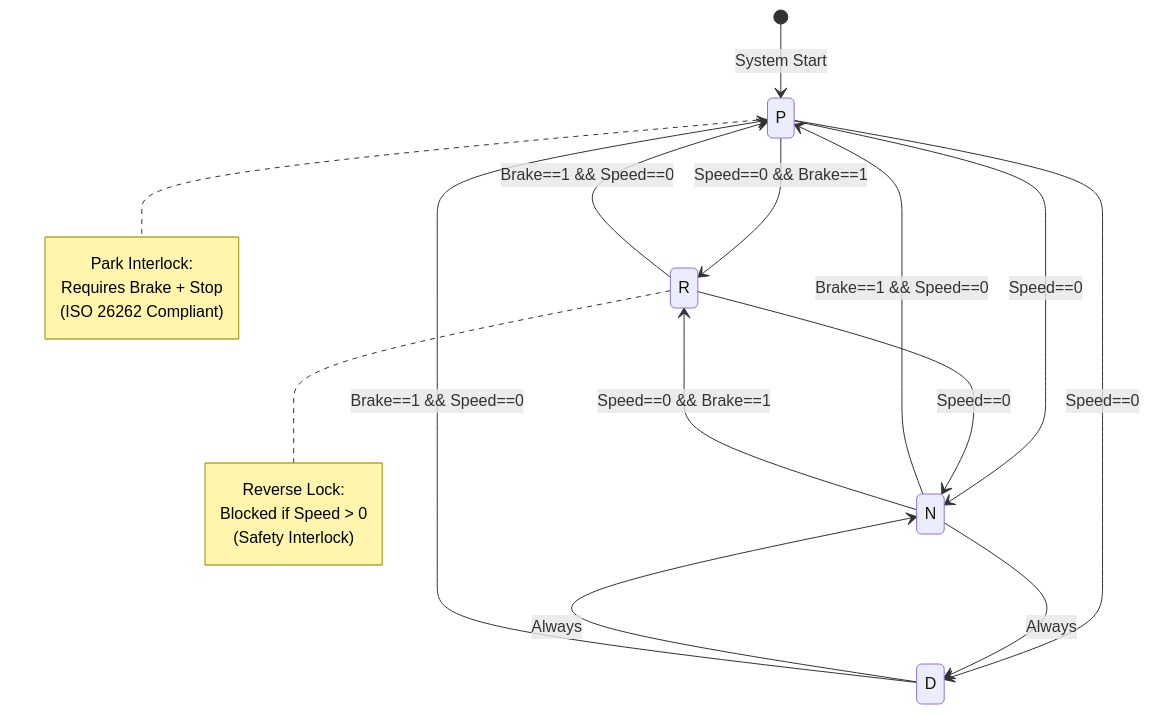
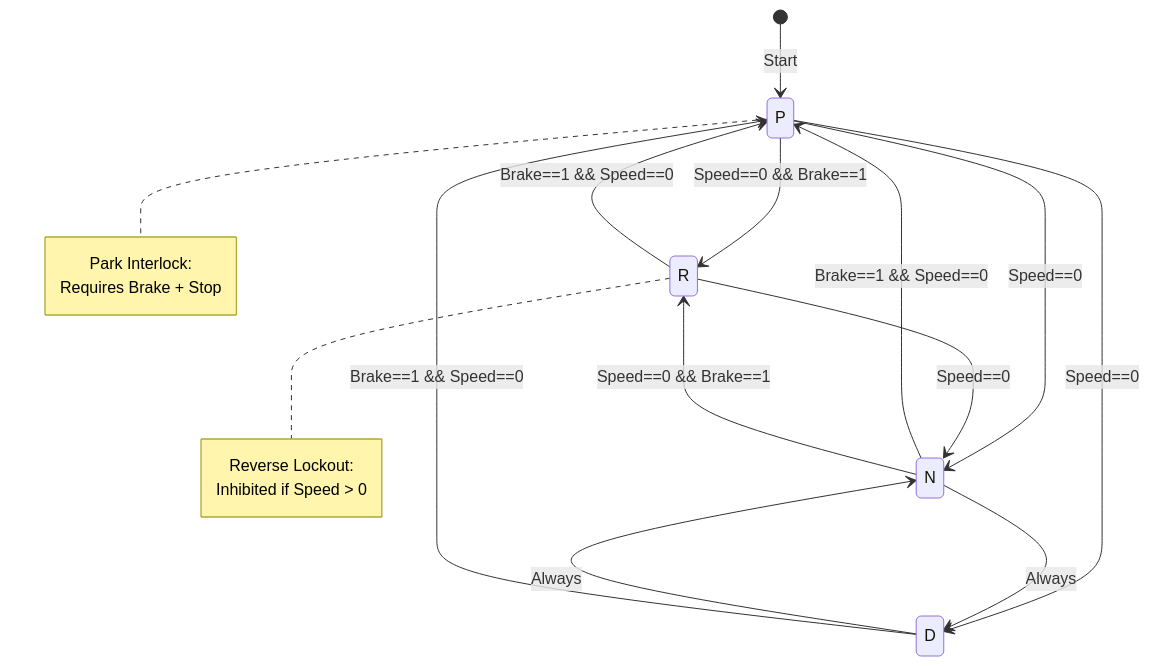
The diagram in README.md (duytan1412/AutoSpeed-Control), drawn with Mermaid before and after one commit. The commit also changed other lines of this file and 6 other files, not shown here.

````diff
--- a/README.md
+++ b/README.md
@@ -28,30 +19,28 @@
 ```mermaid
 stateDiagram-v2
-    [*] --> P : System Start
+    [*] --> P : Start
     
     P --> R : Speed==0 && Brake==1
     P --> N : Speed==0
     P --> D : Speed==0
     
     R --> P : Brake==1 && Speed==0
     R --> N : Speed==0
     
     N --> P : Brake==1 && Speed==0
     N --> R : Speed==0 && Brake==1
     N --> D : Always
     
     D --> N : Always
     D --> P : Brake==1 && Speed==0
     
     note right of R
-        Reverse Lock:
-        Blocked if Speed > 0
-        (Safety Interlock)
+        Reverse Lockout:
+        Inhibited if Speed > 0
     end note
     
     note right of P
         Park Interlock:
         Requires Brake + Stop
-        (ISO 26262 Compliant)
     end note
 ```
````
